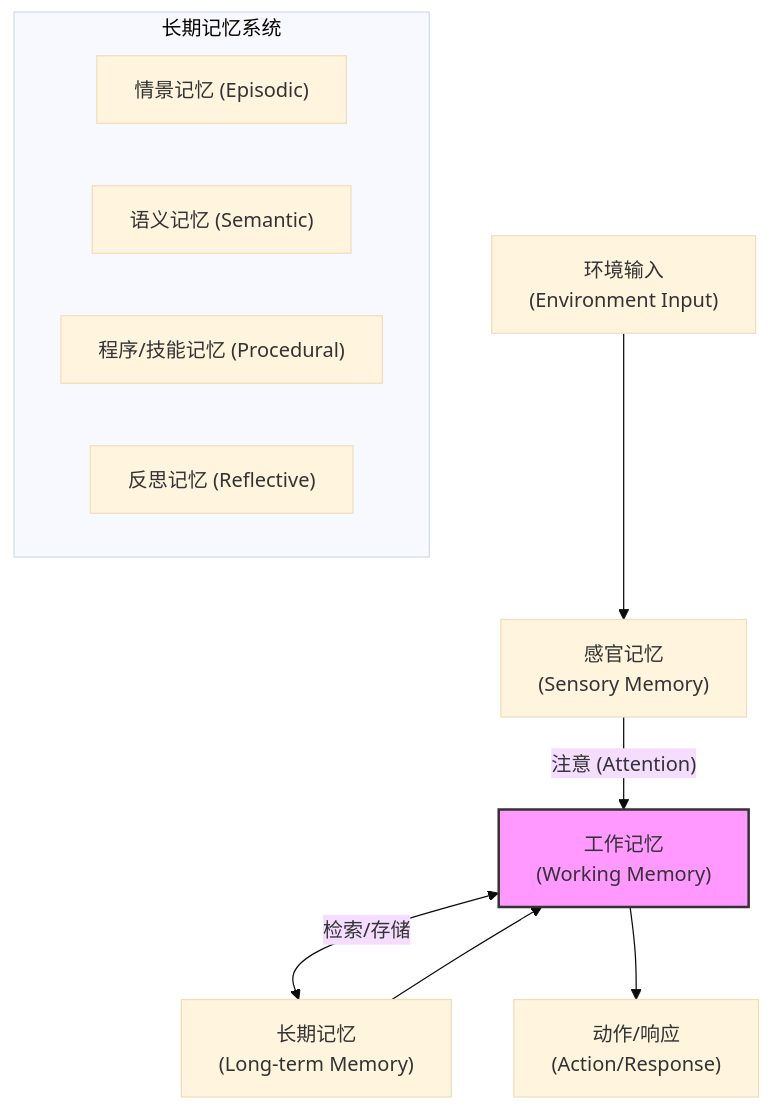
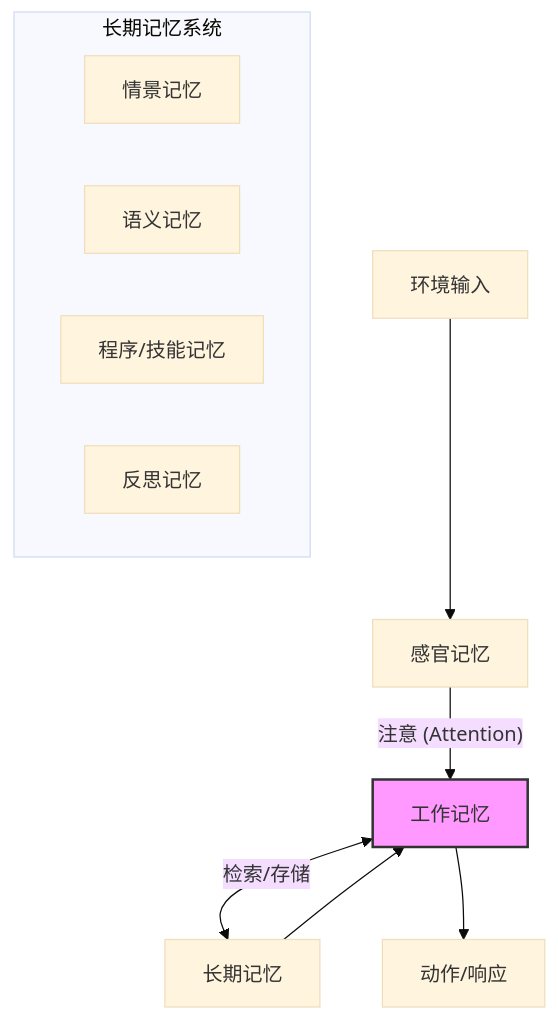
Before and after one commit to yeasy/agentic_ai_guide: the diagram in 03_memory/3.1_memory_models.md, drawn with Mermaid (base theme). The commit also changed other lines of this file and 48 other files, not shown here.

````diff
--- a/03_memory/3.1_memory_models.md
+++ b/03_memory/3.1_memory_models.md
@@ -35,19 +35,19 @@
 ```mermaid
 graph TD
-    Input["环境输入<br>(Environment Input)"] --> Sensory["感官记忆<br>(Sensory Memory)"]
-    Sensory -->|"注意 (Attention)"| Working["工作记忆<br>(Working Memory)"]
-    Working <-->|"检索/存储"| LongTerm["长期记忆<br>(Long-term Memory)"]
+    Input["环境输入"] --> Sensory["感官记忆"]
+    Sensory -->|"注意 (Attention)"| Working["工作记忆"]
+    Working <-->|"检索/存储"| LongTerm["长期记忆"]
     
     subgraph LongTermSystem ["长期记忆系统"]
-        Episodic["情景记忆 (Episodic)"]
-        Semantic["语义记忆 (Semantic)"]
-        Procedural["程序/技能记忆 (Procedural)"]
-        Reflective["反思记忆 (Reflective)"]
+        Episodic["情景记忆"]
+        Semantic["语义记忆"]
+        Procedural["程序/技能记忆"]
+        Reflective["反思记忆"]
     end
     
-    Working --> Output["动作/响应<br>(Action/Response)"]
+    Working --> Output["动作/响应"]
     LongTerm --> Working
 
     classDef distinct fill:#f9f,stroke:#333,stroke-width:2px;
     class Working distinct;
 ```
````
